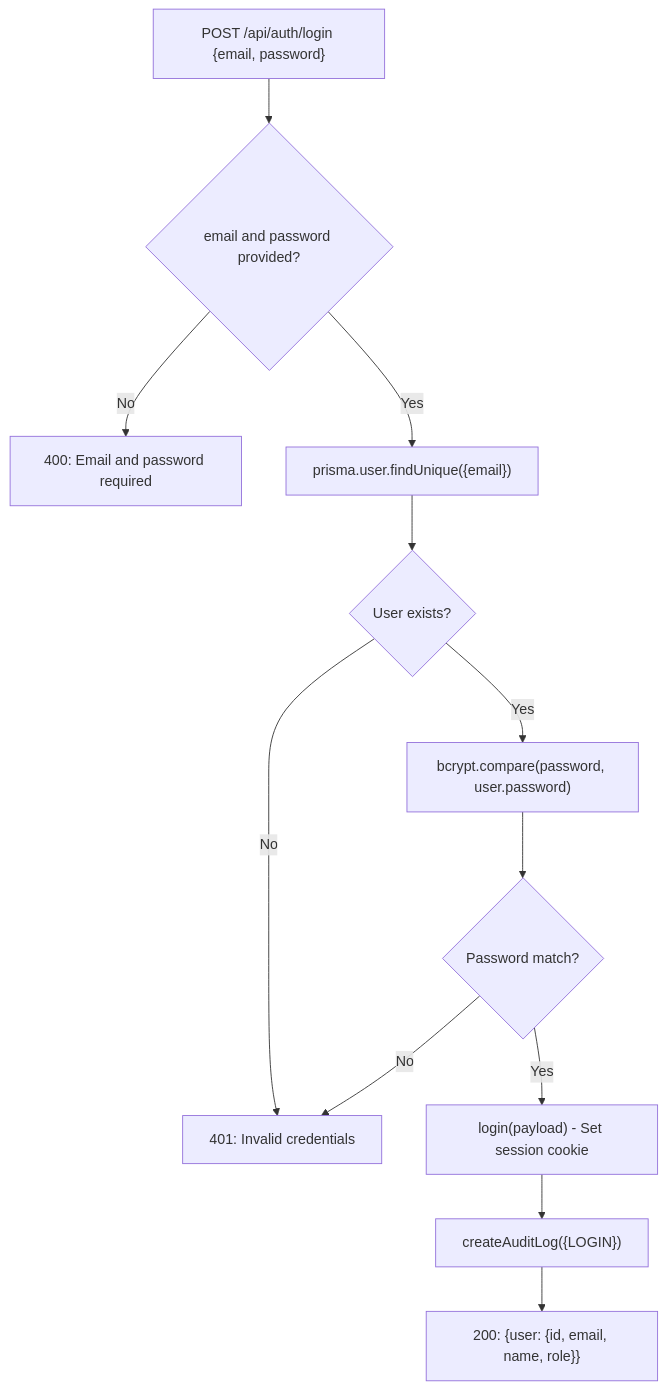
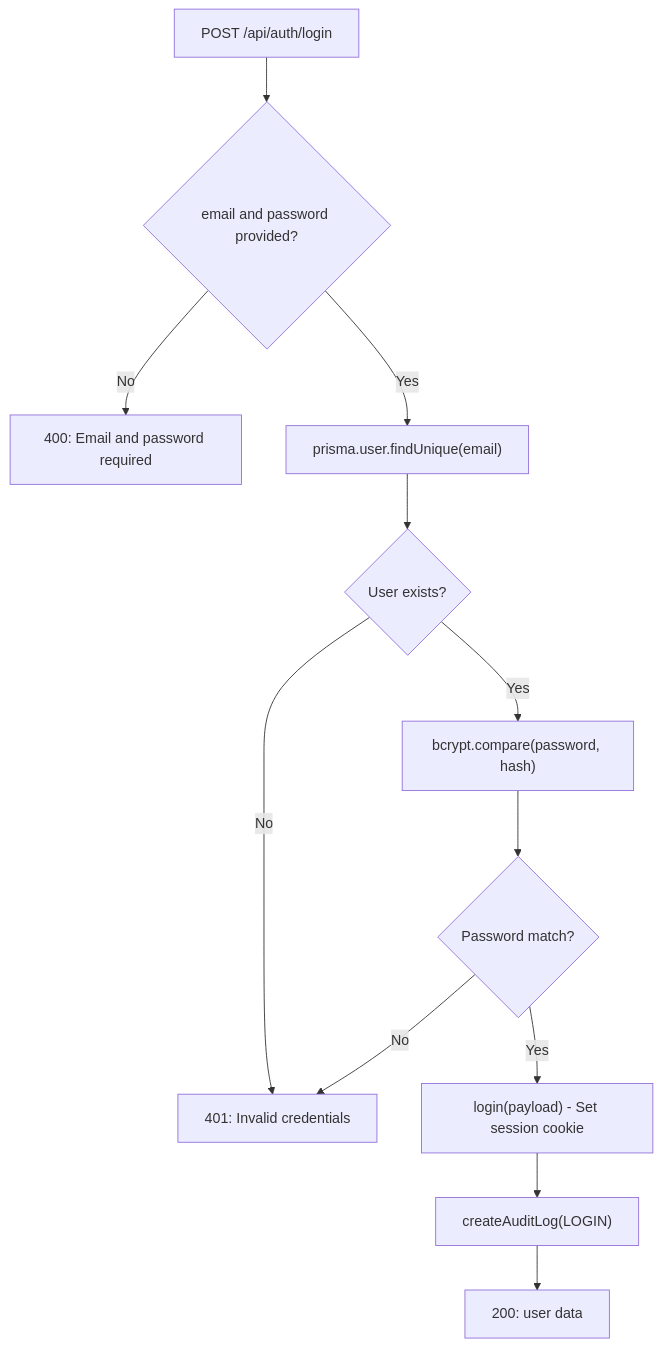
Before and after one commit to asefahmed500/Smart-Task-App_IIT_DU_Final_Project: the third of 7 diagrams in docs/02-authentication.md, drawn with Mermaid. The commit also changed other lines of this file and 9 other files, not shown here.

Commit message:
fix: update AGENTS.md with Vercel deployment notes and additional mermaid cleanups

````diff
--- a/docs/02-authentication.md
+++ b/docs/02-authentication.md
@@ -153,14 +153,14 @@
 ```mermaid
 flowchart TD
-    START["POST /api/auth/login {email, password}"] --> VALIDATE{"email and password provided?"}
+    START["POST /api/auth/login"] --> VALIDATE{"email and password provided?"}
     VALIDATE -->|No| ERR_400["400: Email and password required"]
-    VALIDATE -->|Yes| FIND["prisma.user.findUnique({email})"]
+    VALIDATE -->|Yes| FIND["prisma.user.findUnique(email)"]
     FIND --> NOT_FOUND{"User exists?"}
     NOT_FOUND -->|No| ERR_401["401: Invalid credentials"]
-    NOT_FOUND -->|Yes| COMPARE["bcrypt.compare(password, user.password)"]
+    NOT_FOUND -->|Yes| COMPARE["bcrypt.compare(password, hash)"]
     COMPARE --> MISMATCH{"Password match?"}
     MISMATCH -->|No| ERR_401
     MISMATCH -->|Yes| LOGIN["login(payload) - Set session cookie"]
-    LOGIN --> AUDIT["createAuditLog({LOGIN})"]
-    AUDIT --> SUCCESS["200: {user: {id, email, name, role}}"]
+    LOGIN --> AUDIT["createAuditLog(LOGIN)"]
+    AUDIT --> SUCCESS["200: user data"]
 ```
````
